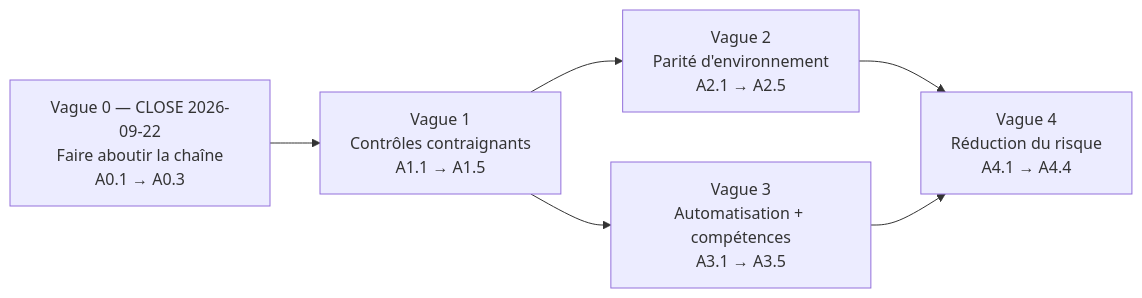
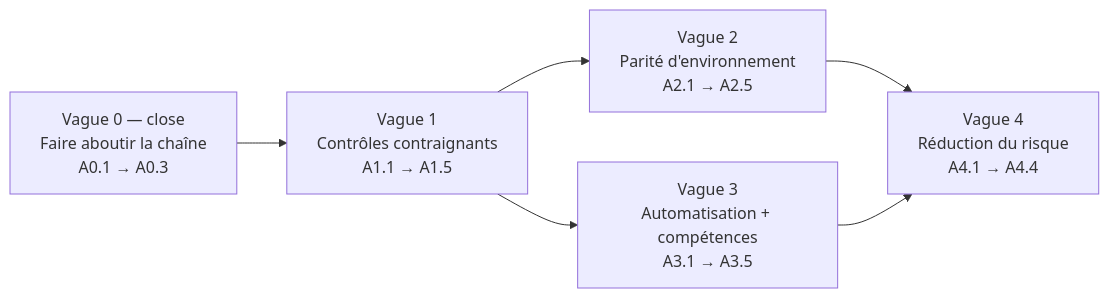
Before and after one commit to TedPasquiet/G-rez-le-cycle-de-vie-de-d-veloppement-logiciel: the diagram in docs/schemas/plan-vagues.mmd, drawn with Mermaid. The commit also changed 27 other files, not shown here.

```diff
--- a/docs/schemas/plan-vagues.mmd
+++ b/docs/schemas/plan-vagues.mmd
@@ -1,11 +1,10 @@
 %% Schéma — Ordre d'exécution du plan d'optimisation.
 %% Source versionnée du bloc Mermaid de docs/plan-optimisation-release.md §8.
 %% Vagues 2 et 3 parallélisables. Vague 0 non négociable : tant qu'aucun
-%% déploiement n'a abouti, tout le reste optimise une chaîne non vérifiée.
-%% Vague 0 close le 2026-09-22 — libellé mis à jour le 2026-09-23.
+%% déploiement n'aboutit, tout le reste optimise une chaîne non vérifiée.
 flowchart LR
-    V0["Vague 0 — CLOSE 2026-09-22<br/>Faire aboutir la chaîne<br/>A0.1 → A0.3"] --> V1["Vague 1<br/>Contrôles contraignants<br/>A1.1 → A1.5"]
+    V0["Vague 0 — close<br/>Faire aboutir la chaîne<br/>A0.1 → A0.3"] --> V1["Vague 1<br/>Contrôles contraignants<br/>A1.1 → A1.5"]
     V1 --> V2["Vague 2<br/>Parité d'environnement<br/>A2.1 → A2.5"]
     V1 --> V3["Vague 3<br/>Automatisation + compétences<br/>A3.1 → A3.5"]
     V2 --> V4["Vague 4<br/>Réduction du risque<br/>A4.1 → A4.4"]
     V3 --> V4
```
